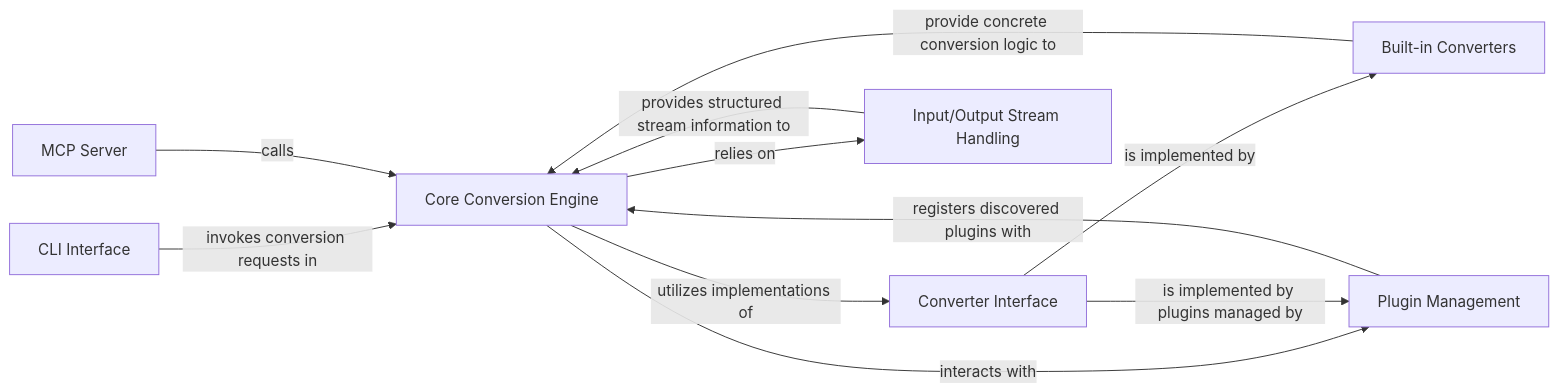
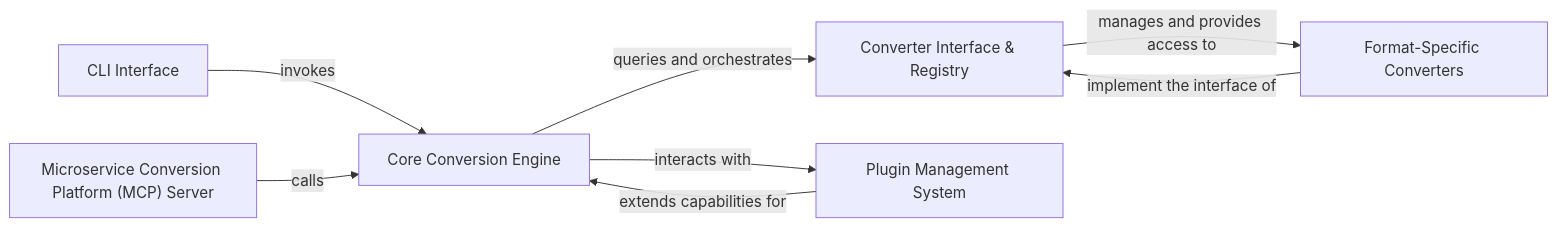
Before and after one commit to CodeBoarding/GeneratedOnBoardings: the diagram in markitdown/on_boarding.md, drawn with Mermaid. The commit also changed other lines of this file, not shown here.

````diff
--- a/markitdown/on_boarding.md
+++ b/markitdown/on_boarding.md
@@ -1,20 +1,16 @@
 ```mermaid
 graph LR
     CLI_Interface["CLI Interface"]
     Core_Conversion_Engine["Core Conversion Engine"]
-    Converter_Interface["Converter Interface"]
-    Built_in_Converters["Built-in Converters"]
-    Plugin_Management["Plugin Management"]
-    MCP_Server["MCP Server"]
-    Input_Output_Stream_Handling["Input/Output Stream Handling"]
-    CLI_Interface -- "invokes conversion requests in" --> Core_Conversion_Engine
-    Core_Conversion_Engine -- "utilizes implementations of" --> Converter_Interface
-    Core_Conversion_Engine -- "interacts with" --> Plugin_Management
-    Core_Conversion_Engine -- "relies on" --> Input_Output_Stream_Handling
-    Converter_Interface -- "is implemented by" --> Built_in_Converters
-    Converter_Interface -- "is implemented by plugins managed by" --> Plugin_Management
-    Built_in_Converters -- "provide concrete conversion logic to" --> Core_Conversion_Engine
-    Plugin_Management -- "registers discovered plugins with" --> Core_Conversion_Engine
-    MCP_Server -- "calls" --> Core_Conversion_Engine
-    Input_Output_Stream_Handling -- "provides structured stream information to" --> Core_Conversion_Engine
+    Converter_Interface_Registry["Converter Interface & Registry"]
+    Plugin_Management_System["Plugin Management System"]
+    Format_Specific_Converters["Format-Specific Converters"]
+    Microservice_Conversion_Platform_MCP_Server["Microservice Conversion Platform (MCP) Server"]
+    CLI_Interface -- "invokes" --> Core_Conversion_Engine
+    Microservice_Conversion_Platform_MCP_Server -- "calls" --> Core_Conversion_Engine
+    Core_Conversion_Engine -- "queries and orchestrates" --> Converter_Interface_Registry
+    Core_Conversion_Engine -- "interacts with" --> Plugin_Management_System
+    Converter_Interface_Registry -- "manages and provides access to" --> Format_Specific_Converters
+    Plugin_Management_System -- "extends capabilities for" --> Core_Conversion_Engine
+    Format_Specific_Converters -- "implement the interface of" --> Converter_Interface_Registry
 ```
````
